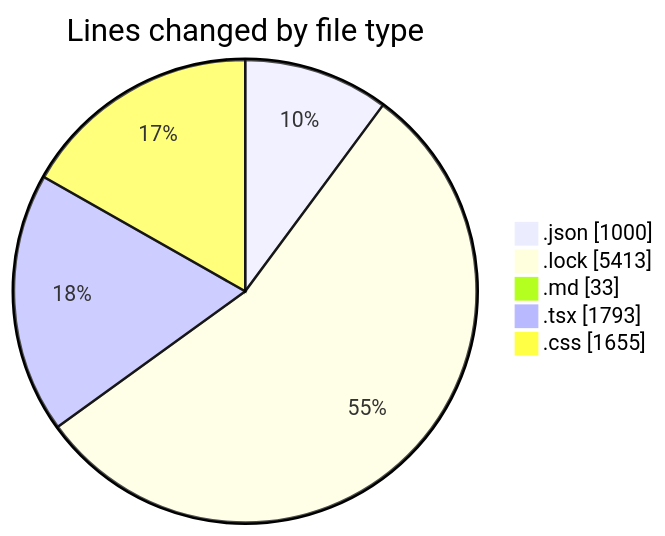
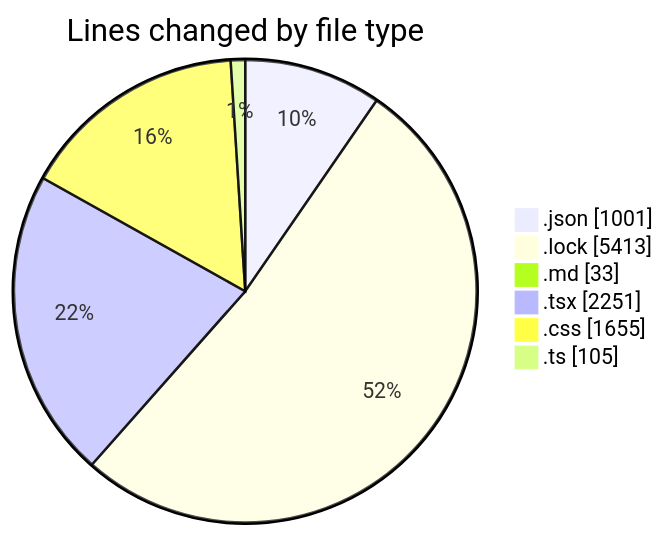
One commit to EIIisD/code-tracking changed the first of 2 diagrams in 2025-08-11/ribbon/README.md. Above: the diagram before and after it, drawn with Mermaid. The commit also changed other lines of this file and 1 other file, not shown here.

````diff
--- a/2025-08-11/ribbon/README.md
+++ b/2025-08-11/ribbon/README.md
@@ -40,9 +44,10 @@
 ```mermaid
 pie showData
 title Lines changed by file type
-".json" : 1000
+".json" : 1001
 ".lock" : 5413
 ".md" : 33
-".tsx" : 1793
+".tsx" : 2251
 ".css" : 1655
+".ts" : 105
 ```
````
